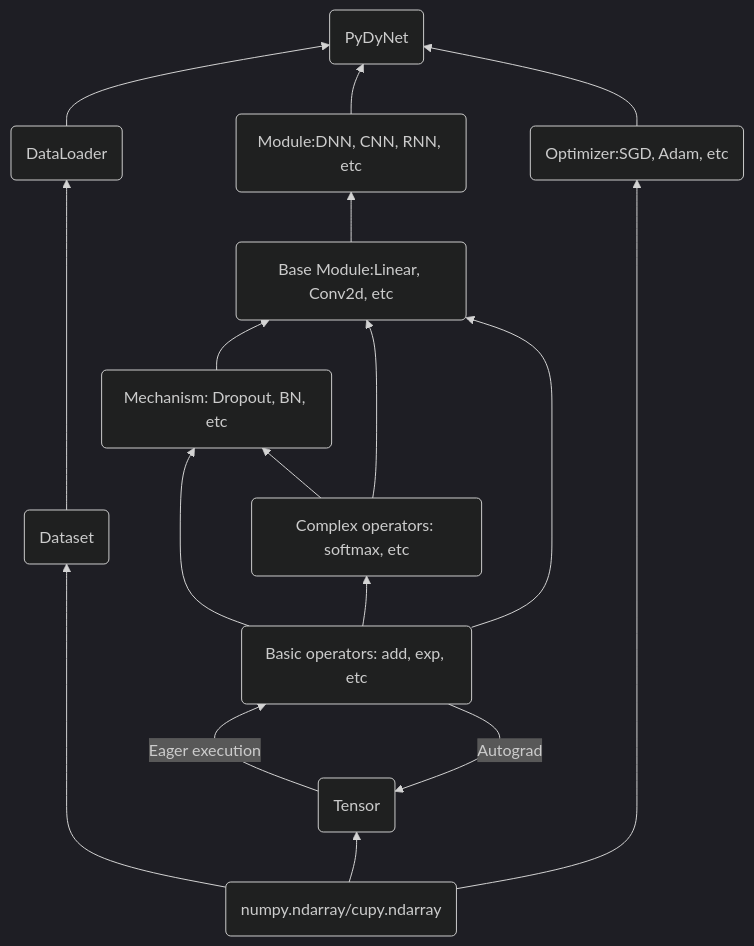
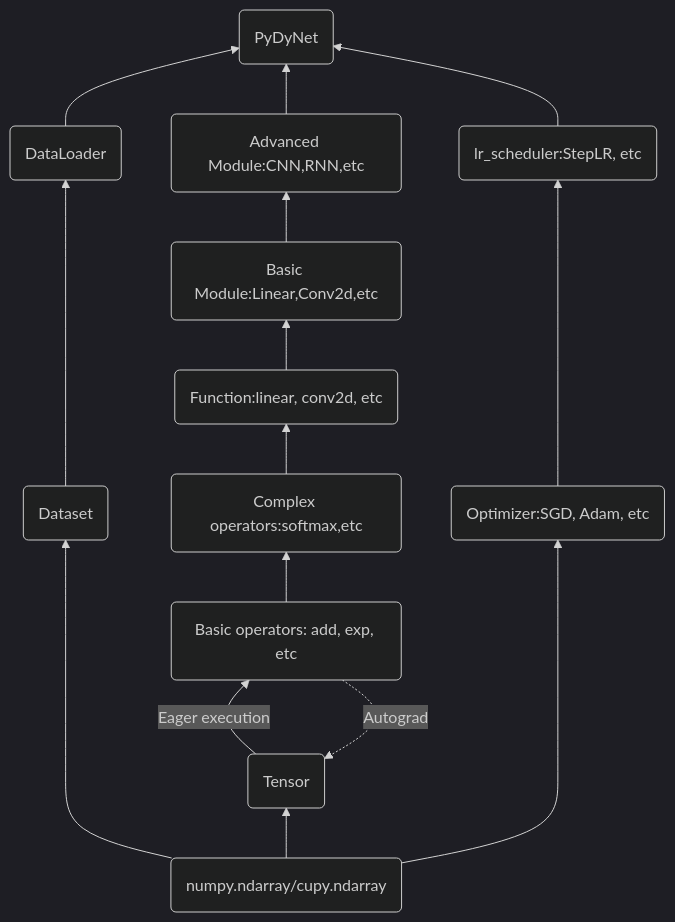
One commit to Kaslanarian/PyDyNet changed the diagram in README.md. Above: the diagram before and after it, drawn with Mermaid (dark theme). The commit also changed other lines of this file and 14 other files, not shown here.

````diff
--- a/README.md
+++ b/README.md
@@ -30,18 +31,12 @@
 ```mermaid
 graph BT
-   N ----> ds(Dataset) ----> Data(DataLoader)
-   N(numpy.ndarray/cupy.ndarray) --> A(Tensor)
-   A --Eager execution--> B(Basic operators: add, exp, etc)
-   B --> E(Mechanism: Dropout, BN, etc)
-   E --> D
-   B --> C(Complex operators: softmax, etc)
-   C --> E
-   B --> D(Base Module:Linear, Conv2d, etc)
-   C --> D
-   B --Autograd--> A
-   N ----> GD(Optimizer:SGD, Adam, etc)
-   D --> M(Module:DNN, CNN, RNN, etc)
-   M --> Mission(PyDyNet)
-   Data --> Mission
-   GD --> Mission
+   N(numpy.ndarray/cupy.ndarray) ----> ds(Dataset) ----> Data(DataLoader)--> Mission
+   N --> A(Tensor) --Eager execution--> B(Basic operators: add, exp, etc)
+   B -.Autograd-.-> A
+   B --> CO(Complex operators:softmax,etc)
+   --> f(Function:linear, conv2d, etc) 
+   --> M(Basic Module:Linear,Conv2d,etc)
+   --> CM(Advanced Module:CNN,RNN,etc)
+   --> Mission(PyDyNet)
+   N --> GD(Optimizer:SGD, Adam, etc) ----> LS(lr_scheduler:StepLR, etc)--> Mission
 ```
````
